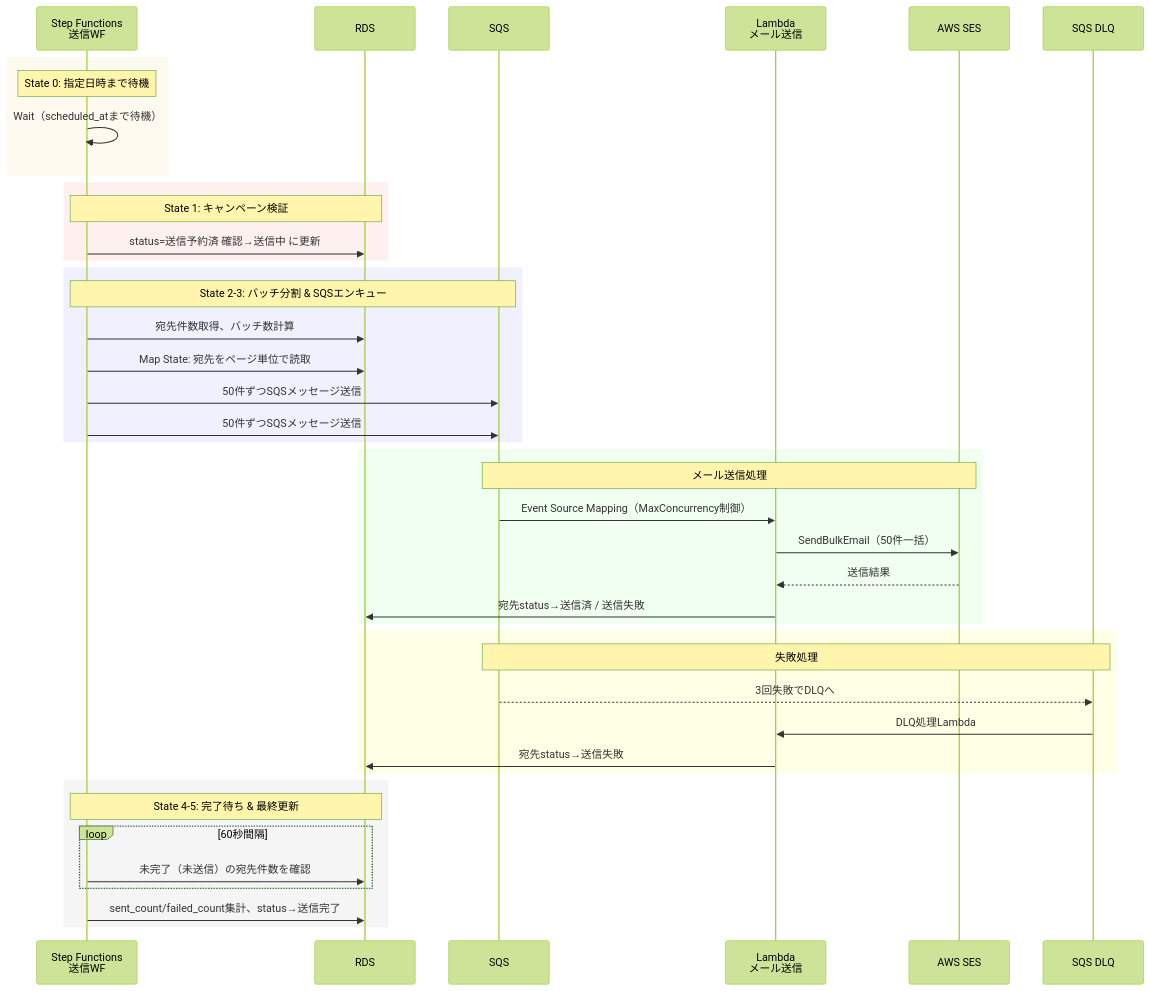
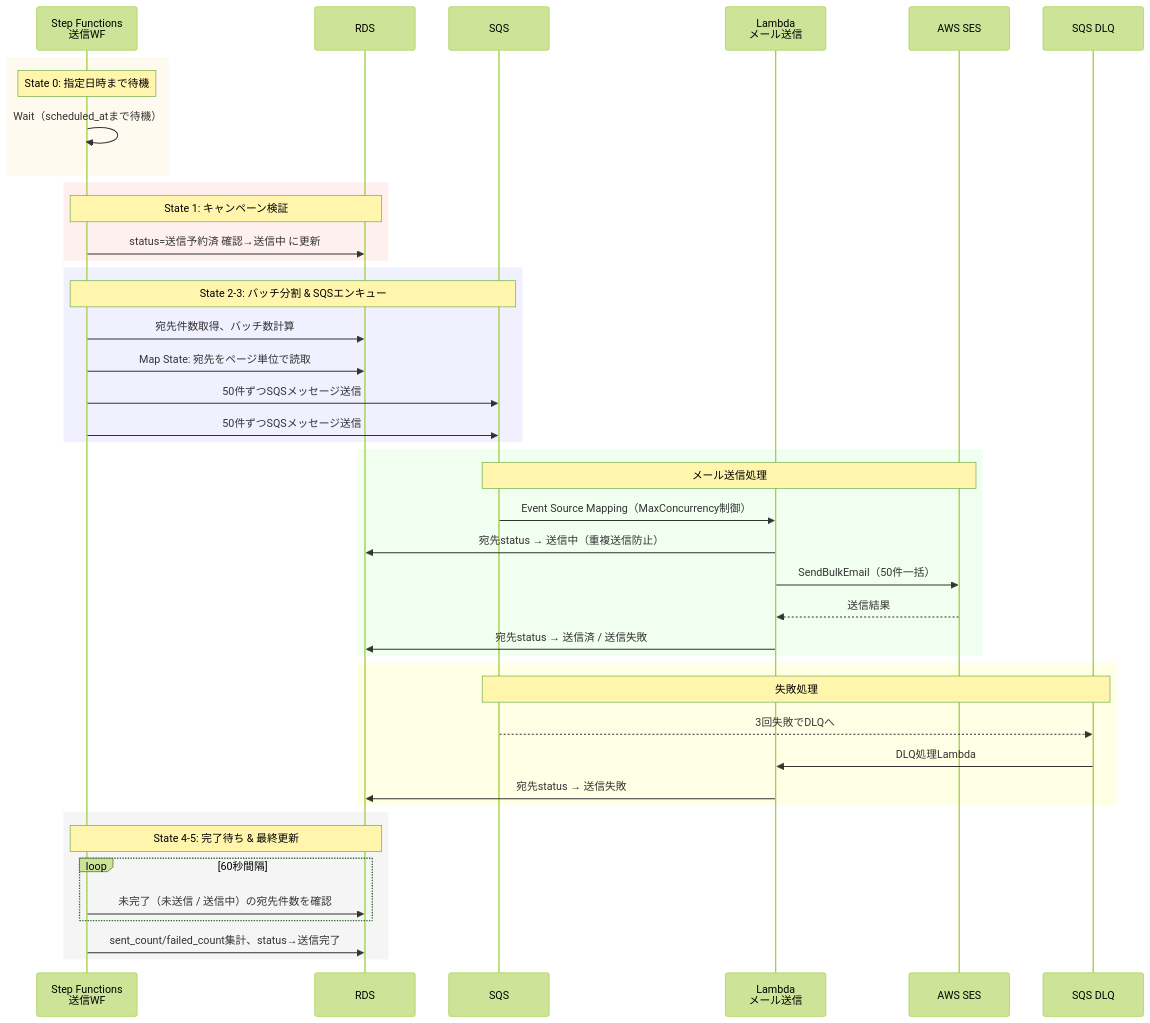
The first of 3 diagrams in docs/03-sending-flow.md (muratariku0903/mass-emailing), drawn with Mermaid (forest theme) before and after one commit. The commit also changed other lines of this file and 3 other files, not shown here.

````diff
--- a/docs/03-sending-flow.md
+++ b/docs/03-sending-flow.md
@@ -10,50 +10,51 @@
 ```mermaid
 sequenceDiagram
     participant SFn as Step Functions<br/>送信WF
     participant RDS
     participant SQS
     participant Lambda as Lambda<br/>メール送信
     participant SES as AWS SES
     participant DLQ as SQS DLQ
 
     rect rgb(255, 250, 240)
     Note over SFn: State 0: 指定日時まで待機
     SFn->>SFn: Wait（scheduled_atまで待機）
     end
 
     rect rgb(255, 240, 240)
     Note over SFn, RDS: State 1: キャンペーン検証
     SFn->>RDS: status=送信予約済 確認→送信中 に更新
     end
 
     rect rgb(240, 240, 255)
     Note over SFn, SQS: State 2-3: バッチ分割 & SQSエンキュー
     SFn->>RDS: 宛先件数取得、バッチ数計算
     SFn->>RDS: Map State: 宛先をページ単位で読取
     SFn->>SQS: 50件ずつSQSメッセージ送信
     SFn->>SQS: 50件ずつSQSメッセージ送信
     end
 
     rect rgb(240, 255, 240)
     Note over SQS, SES: メール送信処理
     SQS->>Lambda: Event Source Mapping（MaxConcurrency制御）
+    Lambda->>RDS: 宛先status → 送信中（重複送信防止）
     Lambda->>SES: SendBulkEmail（50件一括）
     SES-->>Lambda: 送信結果
-    Lambda->>RDS: 宛先status→送信済 / 送信失敗
+    Lambda->>RDS: 宛先status → 送信済 / 送信失敗
     end
 
     rect rgb(255, 255, 230)
     Note over SQS, DLQ: 失敗処理
     SQS-->>DLQ: 3回失敗でDLQへ
     DLQ->>Lambda: DLQ処理Lambda
-    Lambda->>RDS: 宛先status→送信失敗
+    Lambda->>RDS: 宛先status → 送信失敗
     end
 
     rect rgb(245, 245, 245)
     Note over SFn, RDS: State 4-5: 完了待ち & 最終更新
     loop 60秒間隔
-        SFn->>RDS: 未完了（未送信）の宛先件数を確認
+        SFn->>RDS: 未完了（未送信 / 送信中）の宛先件数を確認
     end
     SFn->>RDS: sent_count/failed_count集計、status→送信完了
     end
 ```
````
